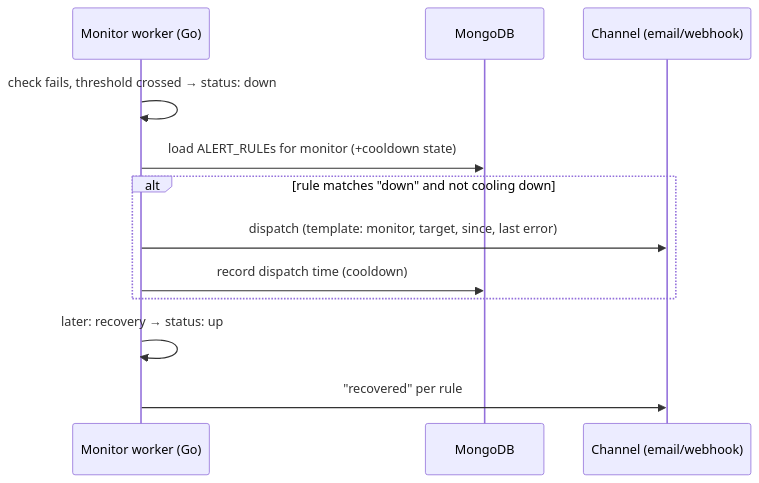
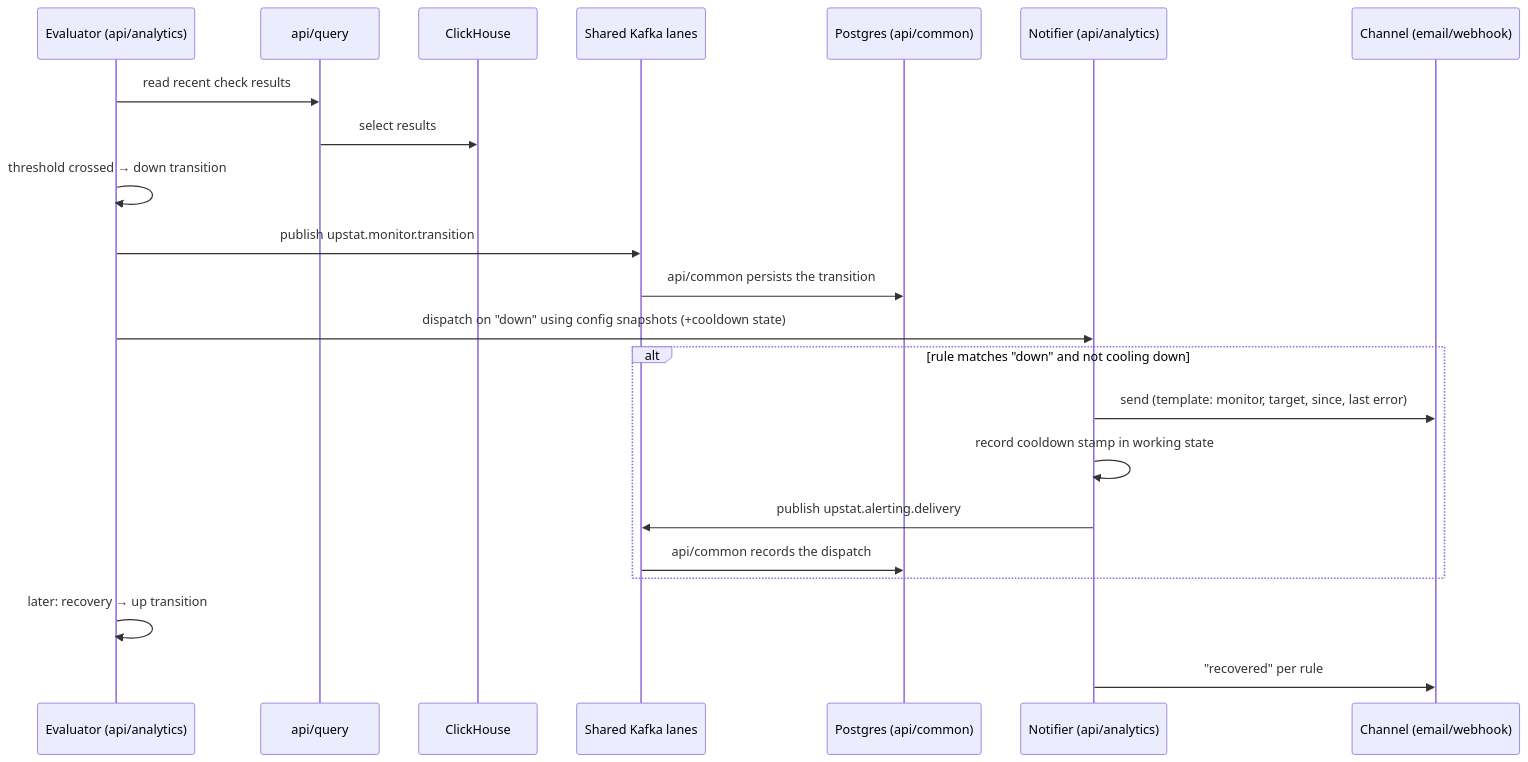
One commit to cuesoftinc/upstat changed the fifth of 6 diagrams in docs/architecture.md. Above: the diagram before and after it, drawn with Mermaid. The commit also changed other lines of this file and 5 other files, not shown here.

Commit message:
docs: replace stale MongoDB descriptions with Postgres and ClickHouse (#429) (#458)

````diff
--- a/docs/architecture.md
+++ b/docs/architecture.md
@@ -172,15 +202,25 @@
 ```mermaid
 sequenceDiagram
-    participant W as Monitor worker (Go)
-    participant M as MongoDB
-    participant CH as Channel (email/webhook)
+    participant E as Evaluator (api/analytics)
+    participant Q as api/query
+    participant CH as ClickHouse
+    participant K as Shared Kafka lanes
+    participant PG as Postgres (api/common)
+    participant N as Notifier (api/analytics)
+    participant C as Channel (email/webhook)
 
-    W->>W: check fails, threshold crossed → status: down
-    W->>M: load ALERT_RULEs for monitor (+cooldown state)
+    E->>Q: read recent check results
+    Q->>CH: select results
+    E->>E: threshold crossed → down transition
+    E->>K: publish upstat.monitor.transition
+    K->>PG: api/common persists the transition
+    E->>N: dispatch on "down" using config snapshots (+cooldown state)
     alt rule matches "down" and not cooling down
-        W->>CH: dispatch (template: monitor, target, since, last error)
-        W->>M: record dispatch time (cooldown)
+        N->>C: send (template: monitor, target, since, last error)
+        N->>N: record cooldown stamp in working state
+        N->>K: publish upstat.alerting.delivery
+        K->>PG: api/common records the dispatch
     end
-    W->>W: later: recovery → status: up
-    W->>CH: "recovered" per rule
+    E->>E: later: recovery → up transition
+    N->>C: "recovered" per rule
 ```
````
